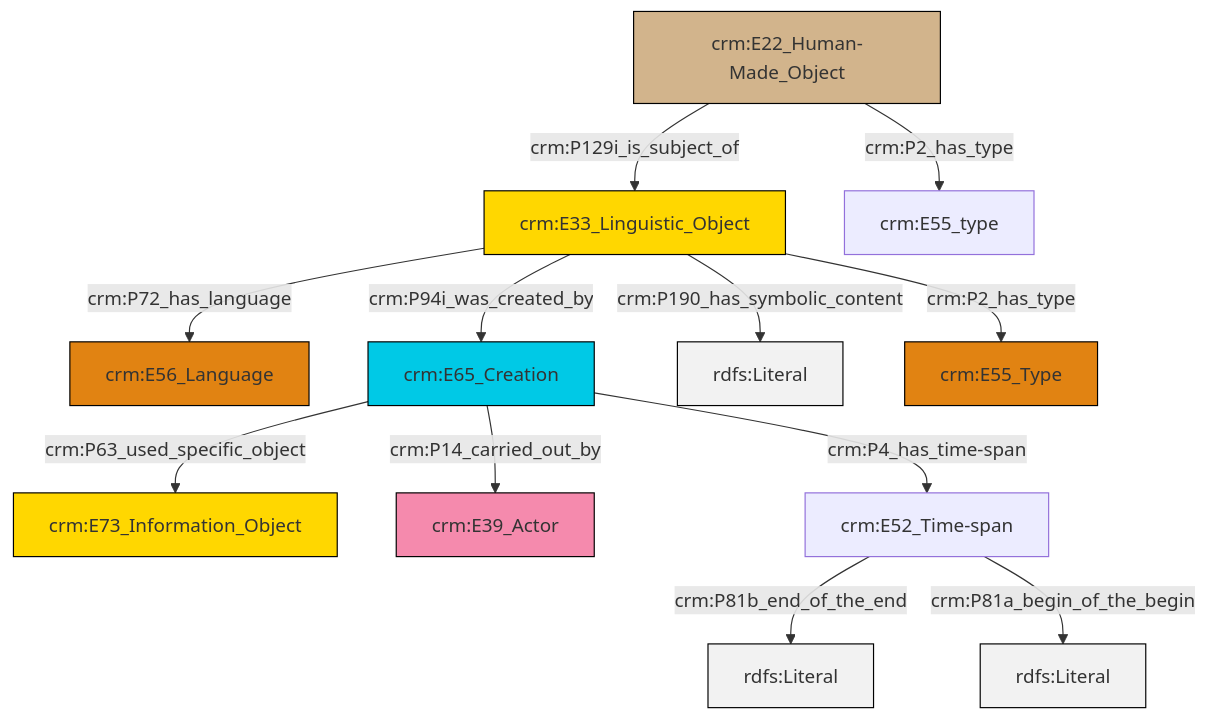
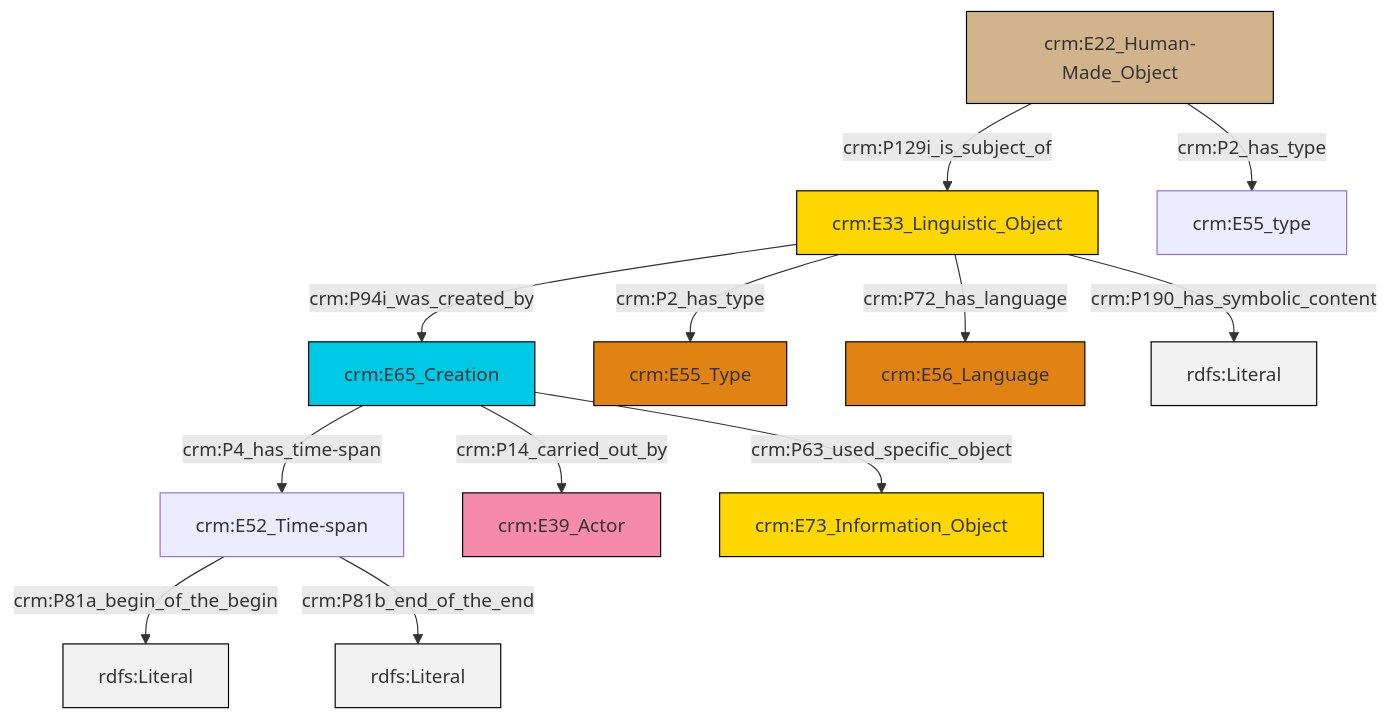
One commit to swiss-art-research-net/reference-data-models changed the diagram in et/artworkCSV/ttl/mmd/Artwork_Description.ttl.mmd. Above: the diagram before and after it, drawn with Mermaid. The commit also changed 129 other files, not shown here.

```diff
--- a/et/artworkCSV/ttl/mmd/Artwork_Description.ttl.mmd
+++ b/et/artworkCSV/ttl/mmd/Artwork_Description.ttl.mmd
@@ -1,26 +1,26 @@
 graph TD
 classDef Literal fill:#f2f2f2,stroke:#000000;
 classDef CRM_Entity fill:#FFFFFF,stroke:#000000;
 classDef Temporal_Entity fill:#00C9E6, stroke:#000000;
 classDef Type fill:#E18312, stroke:#000000;
 classDef Time-Span fill:#2C9C91, stroke:#000000;
 classDef Appellation fill:#FFEB7F, stroke:#000000;
 classDef Place fill:#008836, stroke:#000000;
 classDef Persistent_Item fill:#B266B2, stroke:#000000;
 classDef Conceptual_Object fill:#FFD700, stroke:#000000;
 classDef Physical_Thing fill:#D2B48C, stroke:#000000;
 classDef Actor fill:#f58aad, stroke:#000000;
 classDef PC_Classes fill:#4ce600, stroke:#000000;
 classDef Multi fill:#cccccc,stroke:#000000;
 
-0["crm:E33_Linguistic_Object"]:::Conceptual_Object -->|crm:P72_has_language| 1["crm:E56_Language"]:::Type
-2["crm:E65_Creation"]:::Temporal_Entity -->|crm:P63_used_specific_object| 3["crm:E73_Information_Object"]:::Conceptual_Object
-2["crm:E65_Creation"]:::Temporal_Entity -->|crm:P14_carried_out_by| 4["crm:E39_Actor"]:::Actor
-10["crm:E22_Human-Made_Object"]:::Physical_Thing -->|crm:P2_has_type| 11["crm:E55_type"]:::Default
-6["crm:E52_Time-span"]:::Default -->|crm:P81b_end_of_the_end| 12[rdfs:Literal]:::Literal
-2["crm:E65_Creation"]:::Temporal_Entity -->|crm:P4_has_time-span| 6["crm:E52_Time-span"]:::Default
-10["crm:E22_Human-Made_Object"]:::Physical_Thing -->|crm:P129i_is_subject_of| 0["crm:E33_Linguistic_Object"]:::Conceptual_Object
-0["crm:E33_Linguistic_Object"]:::Conceptual_Object -->|crm:P190_has_symbolic_content| 14[rdfs:Literal]:::Literal
-0["crm:E33_Linguistic_Object"]:::Conceptual_Object -->|crm:P94i_was_created_by| 2["crm:E65_Creation"]:::Temporal_Entity
-6["crm:E52_Time-span"]:::Default -->|crm:P81a_begin_of_the_begin| 17[rdfs:Literal]:::Literal
-0["crm:E33_Linguistic_Object"]:::Conceptual_Object -->|crm:P2_has_type| 15["crm:E55_Type"]:::Type
+0["crm:E52_Time-span"]:::Default -->|crm:P81a_begin_of_the_begin| 1[rdfs:Literal]:::Literal
+2["crm:E65_Creation"]:::Temporal_Entity -->|crm:P4_has_time-span| 0["crm:E52_Time-span"]:::Default
+7["crm:E33_Linguistic_Object"]:::Conceptual_Object -->|crm:P72_has_language| 8["crm:E56_Language"]:::Type
+7["crm:E33_Linguistic_Object"]:::Conceptual_Object -->|crm:P190_has_symbolic_content| 13[rdfs:Literal]:::Literal
+2["crm:E65_Creation"]:::Temporal_Entity -->|crm:P63_used_specific_object| 14["crm:E73_Information_Object"]:::Conceptual_Object
+7["crm:E33_Linguistic_Object"]:::Conceptual_Object -->|crm:P94i_was_created_by| 2["crm:E65_Creation"]:::Temporal_Entity
+7["crm:E33_Linguistic_Object"]:::Conceptual_Object -->|crm:P2_has_type| 5["crm:E55_Type"]:::Type
+2["crm:E65_Creation"]:::Temporal_Entity -->|crm:P14_carried_out_by| 11["crm:E39_Actor"]:::Actor
+3["crm:E22_Human-Made_Object"]:::Physical_Thing -->|crm:P129i_is_subject_of| 7["crm:E33_Linguistic_Object"]:::Conceptual_Object
+0["crm:E52_Time-span"]:::Default -->|crm:P81b_end_of_the_end| 19[rdfs:Literal]:::Literal
+3["crm:E22_Human-Made_Object"]:::Physical_Thing -->|crm:P2_has_type| 9["crm:E55_type"]:::Default
```
